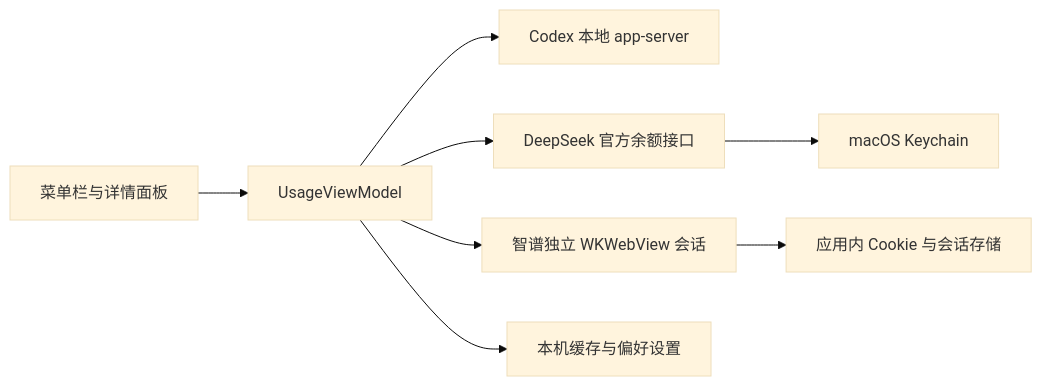
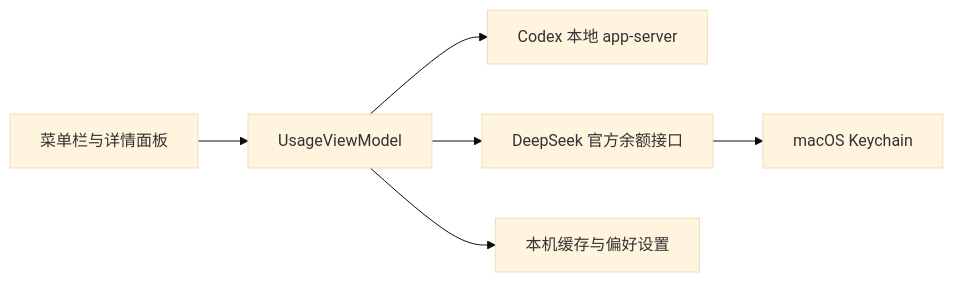
One commit to ym911x/Minget changed the diagram in docs/ARCHITECTURE.md. Above: the diagram before and after it, drawn with Mermaid (base theme). The commit also changed other lines of this file and 45 other files, not shown here.

````diff
--- a/docs/ARCHITECTURE.md
+++ b/docs/ARCHITECTURE.md
@@ -17,10 +17,8 @@
 ```mermaid
 flowchart LR
     UI[菜单栏与详情面板] --> Store[UsageViewModel]
     Store --> Codex[Codex 本地 app-server]
     Store --> DeepSeek[DeepSeek 官方余额接口]
-    Store --> GLM[智谱独立 WKWebView 会话]
     DeepSeek --> Keychain[macOS Keychain]
-    GLM --> Session[应用内 Cookie 与会话存储]
     Store --> Cache[本机缓存与偏好设置]
 ```
````
